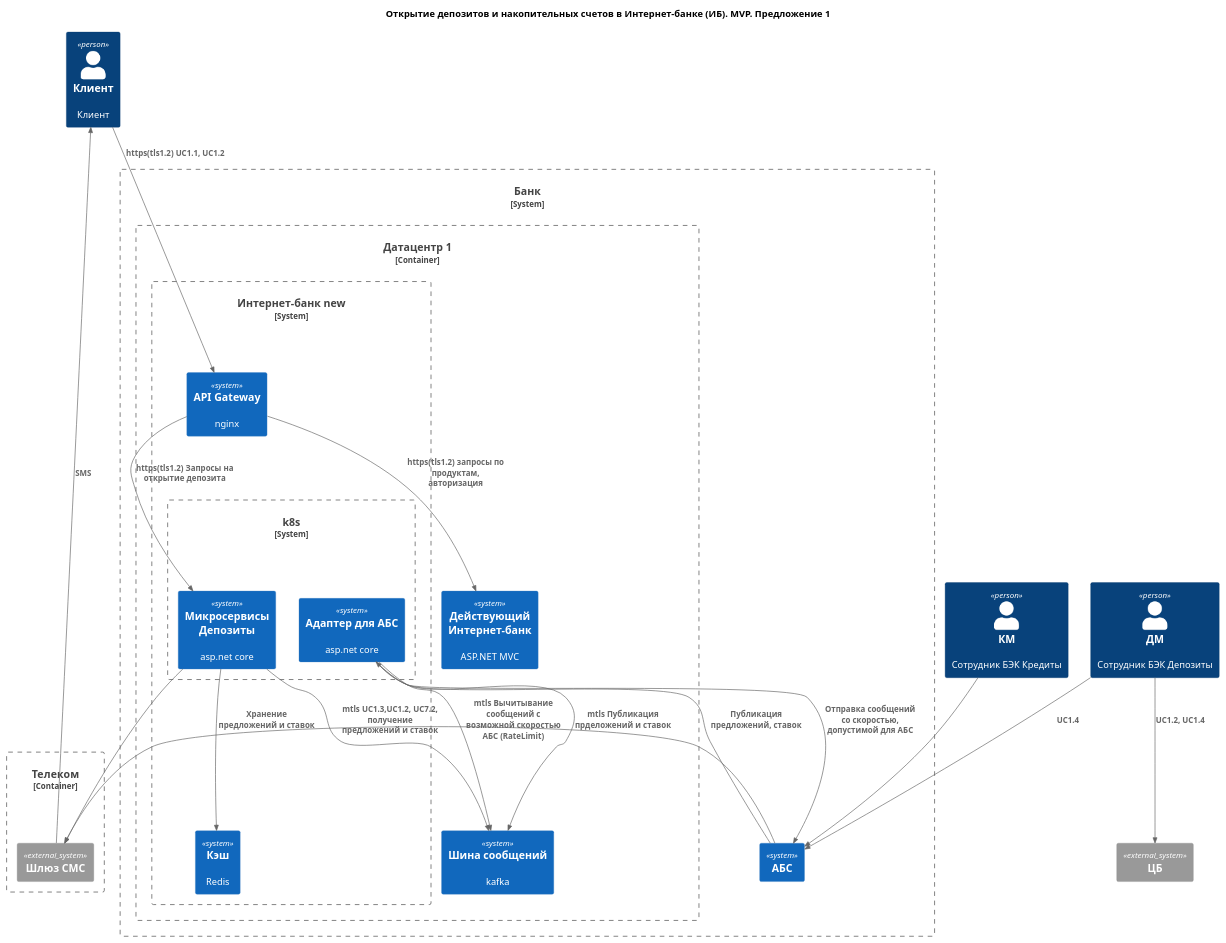
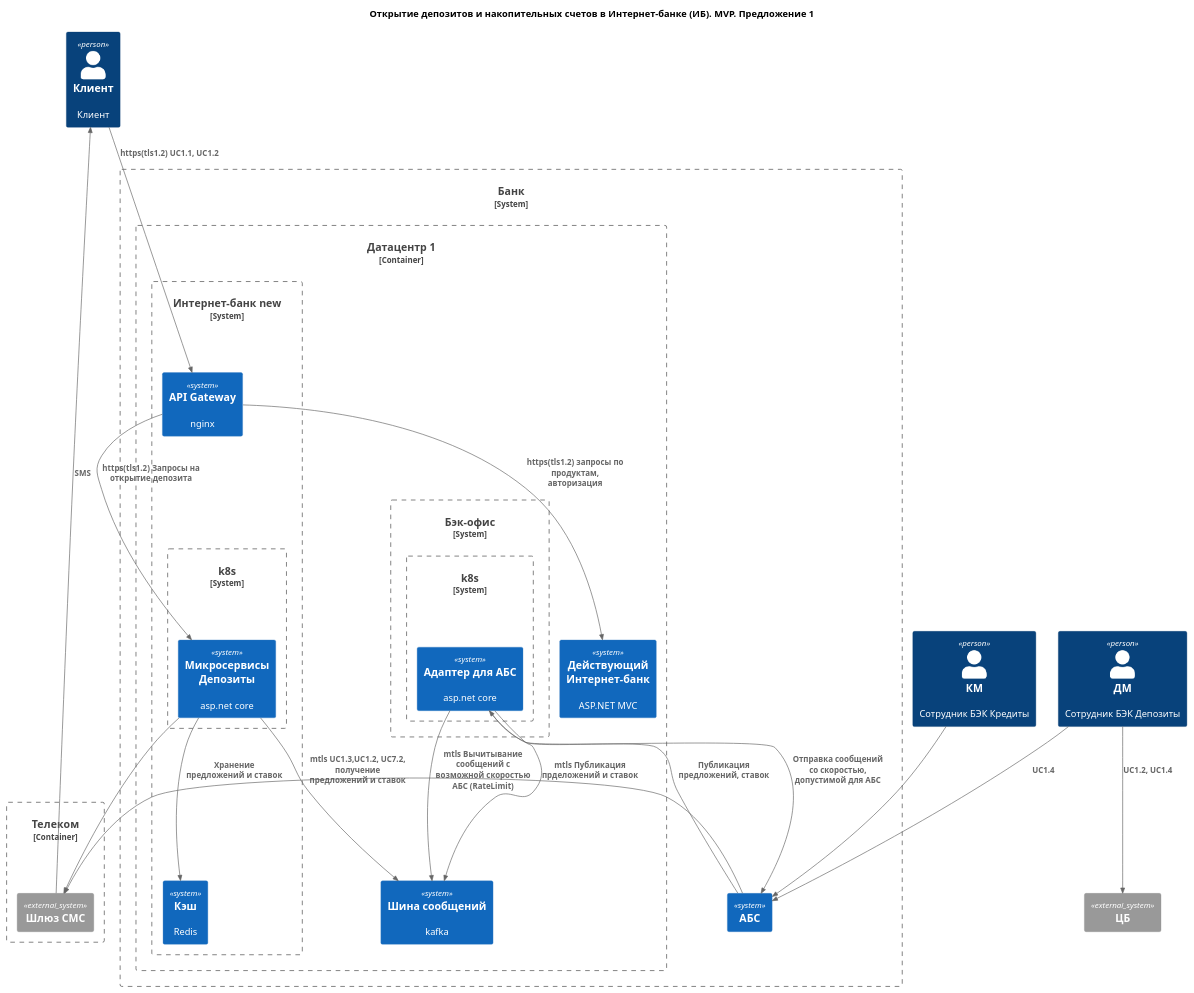
One commit to MikhailGrv/architecture-sprint-9 changed the diagram in Task3/OpenDep_MVP_Container1.puml. Above: the diagram before and after it, drawn with PlantUML. The commit also changed 6 other files, not shown here.

```diff
--- a/Task3/OpenDep_MVP_Container1.puml
+++ b/Task3/OpenDep_MVP_Container1.puml
@@ -1,60 +1,64 @@
 @startuml name OpenDep
 title Открытие депозитов и накопительных счетов в Интернет-банке (ИБ). MVP. Предложение 1
 
 top to bottom direction
 
 !include https://raw.githubusercontent.com/RicardoNiepel/C4-PlantUML/master/C4_Component.puml
 
 Person(user, "Клиент", "Клиент")
 
 Person(uBC, "КМ", "Сотрудник БЭК Кредиты")
 Person(uBD, "ДМ", "Сотрудник БЭК Депозиты")
 
 
 System_Boundary(bank, "Банк") {
+    
     Container_Boundary(dc1, "Датацентр 1"){
         System_Boundary(ib,"Интернет-банк new",""){
             System(api, "API Gateway", "nginx")
             System_Boundary(k8s, "k8s"){
                 System(msIb, "Микросервисы Депозиты","asp.net core")
-                System(msAbsAdapter,"Адаптер для АБС","asp.net core")
-              
             }
             System(msIbCache,"Кэш", "Redis")
         }
-        
+        System_Boundary(back,"Бэк-офис",""){
+            System_Boundary(k8sBack, "k8s"){
+                System(msAbsAdapter,"Адаптер для АБС","asp.net core")
+            }
+        }
         System(ebus,"Шина сообщений","kafka")
         System(legacyIb, "Действующий Интернет-банк","ASP.NET MVC")
     }
    
     
     System(abs,"АБС","")
 }
 
 System_Ext(cb, "ЦБ", "")
 Container_Boundary(tc, "Телеком"){
     System_Ext(smsgate, "Шлюз СМС", "")
 }
 
 Rel(user, api, "https(tls1.2) UC1.1, UC1.2")
 
 Rel(uBC, abs, "")
 Rel(uBD, abs, "UC1.4")
 
 Rel(msIb, ebus,"mtls UC1.3,UC1.2, UC7.2, получение предложений и ставок")
 Rel(msIb, msIbCache, "Хранение предложений и ставок")
+
 Rel(msAbsAdapter, ebus, "mtls Вычитывание сообщений с возможной скоростью АБС (RateLimit)")
 Rel(msAbsAdapter, abs, "Отправка сообщений со скоростью, допустимой для АБС")
 Rel(abs,msAbsAdapter, "Публикация предложений, ставок")
 Rel(msAbsAdapter, ebus, "mtls Публикация прделожений и ставок")
 Rel(abs, smsgate,"")
 Rel(msIb, smsgate,"")
 
 Rel(smsgate, user,"SMS")
 
 Rel(uBD, cb, "UC1.2, UC1.4")
 
 Rel(api, legacyIb,"https(tls1.2) запросы по продуктам, авторизация")
 Rel(api, msIb,"https(tls1.2) Запросы на открытие депозита")
 
 @enduml
```
